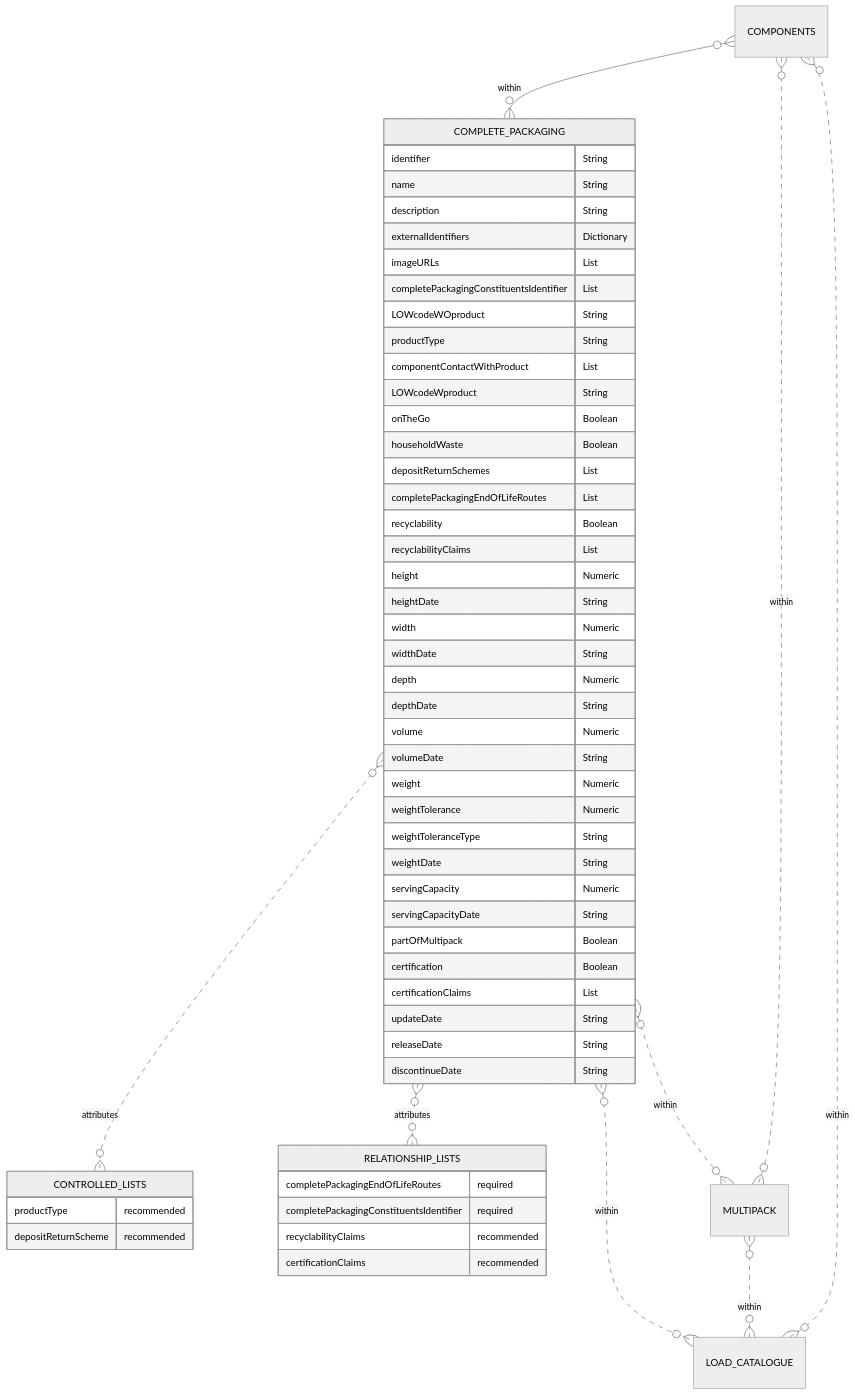
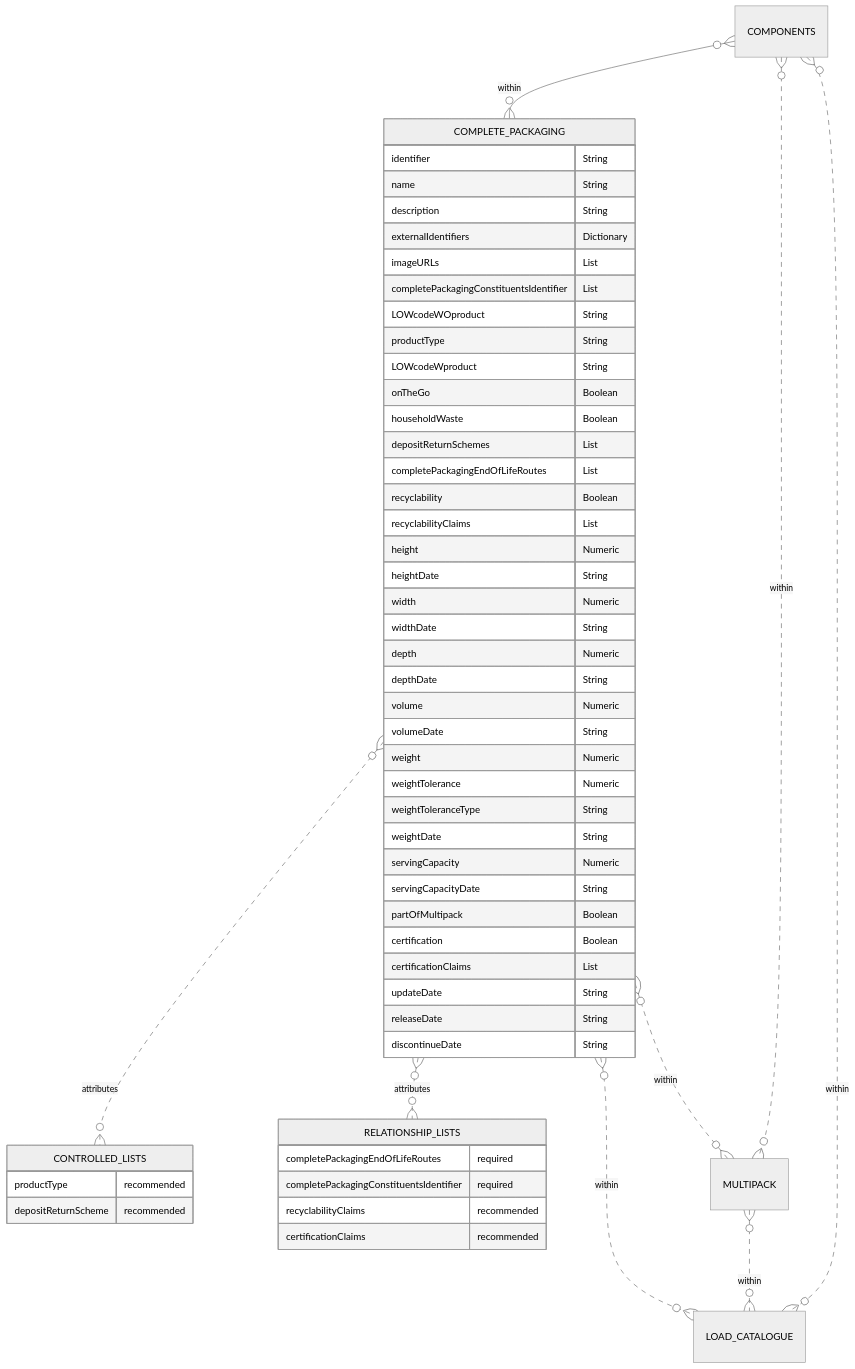
Before and after one commit to OpenDataManchester/Open3P: the diagram in docs/3_Data_Specification/3_4_Complete_Packaging.md, drawn with Mermaid (neutral theme). The commit also changed other lines of this file, not shown here.

Commit message:
Removed mention of componentContactWithProduct

````diff
--- a/docs/3_Data_Specification/3_4_Complete_Packaging.md
+++ b/docs/3_Data_Specification/3_4_Complete_Packaging.md
@@ -52,59 +51,58 @@
 ``` mermaid
 erDiagram
 COMPONENTS }o--o{ COMPLETE_PACKAGING : within
   COMPLETE_PACKAGING {
     identifier String
     name String
     description String
     externalIdentifiers Dictionary
     imageURLs List
     completePackagingConstituentsIdentifier List
     LOWcodeWOproduct String
     productType String
-    componentContactWithProduct List
     LOWcodeWproduct String
     onTheGo Boolean
     householdWaste Boolean
     depositReturnSchemes List
     completePackagingEndOfLifeRoutes List
     recyclability Boolean
     recyclabilityClaims List
     height Numeric
     heightDate String
     width Numeric
     widthDate String
     depth Numeric
     depthDate String
     volume Numeric
     volumeDate String
     weight Numeric
     weightTolerance Numeric
     weightToleranceType String
     weightDate String
     servingCapacity Numeric
     servingCapacityDate String
     partOfMultipack Boolean
     certification Boolean
     certificationClaims List
     updateDate String
     releaseDate String
     discontinueDate String
   }
   COMPLETE_PACKAGING }o..o{ CONTROLLED_LISTS : attributes
   COMPLETE_PACKAGING }O..O{ RELATIONSHIP_LISTS : attributes
   COMPLETE_PACKAGING }o..o{ MULTIPACK : within
   COMPONENTS }o..o{ MULTIPACK : within
   COMPLETE_PACKAGING }o..o{ LOAD_CATALOGUE : within
   MULTIPACK }o..o{ LOAD_CATALOGUE : within
   COMPONENTS }o..o{ LOAD_CATALOGUE : within
       CONTROLLED_LISTS {
       productType recommended
       depositReturnScheme recommended
     }
     RELATIONSHIP_LISTS {
       completePackagingEndOfLifeRoutes required
       completePackagingConstituentsIdentifier required
       recyclabilityClaims recommended
       certificationClaims recommended
     }
 ```
````
